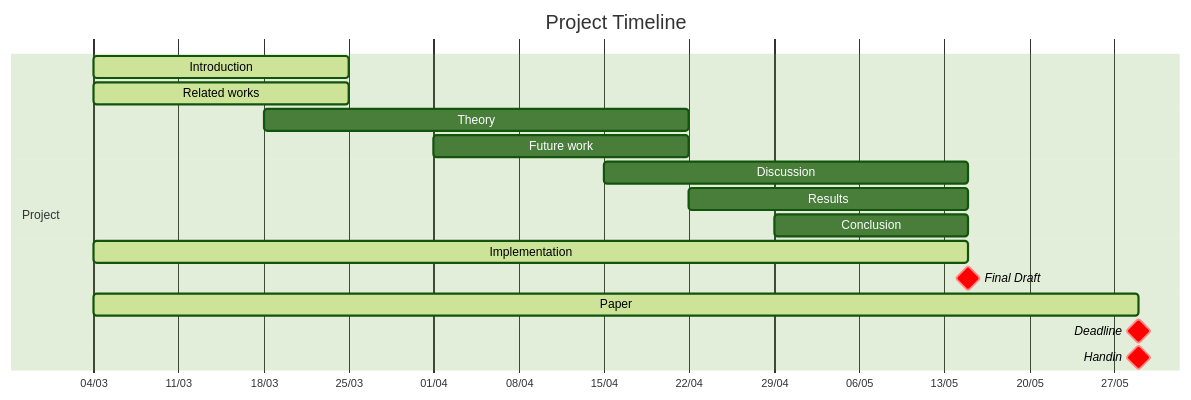
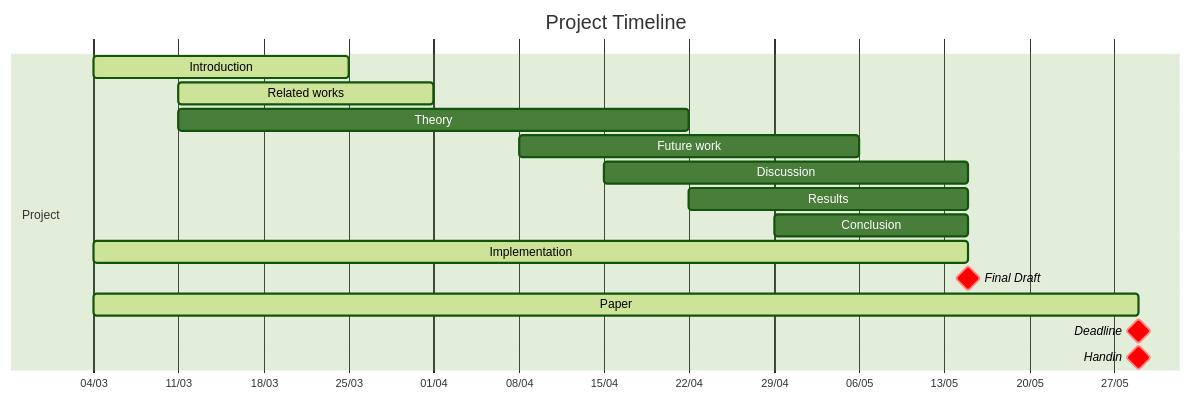
One commit to AAU-Dat/P8-supporting-schema-creation changed the diagram in Writerside/topics/Roadmap.md. Above: the diagram before and after it, drawn with Mermaid (forest theme).

Commit message:
Made Theory longer

````diff
--- a/Writerside/topics/Roadmap.md
+++ b/Writerside/topics/Roadmap.md
@@ -2,22 +2,22 @@
 ```mermaid
 gantt
     tickInterval 1week
     weekday monday
     title Project Timeline
     dateFormat  YYYY-MM-DD
     axisFormat %d/%m
     
     section Project
     Introduction: active, 2024-03-04, 21d
-    Related works: active, 2024-03-04, 21d
-    Theory: 2024-03-18, 35d
-    Future work: 2024-04-01, 21d
+    Related works: active, 2024-03-11, 21d
+    Theory: 2024-03-11, 42d
+    Future work: 2024-04-08, 28d
     Discussion: 2024-04-15, 30d
     Results: 2024-04-22, 23d
     Conclusion: 2024-04-29, 16d
     Implementation: active, 2024-03-04, 2024-05-15
     Final Draft: crit, milestone, 2024-05-15,
     Paper: active, 2024-03-04, 2024-05-29
     Deadline: crit, milestone, 2024-05-29, 
     Handin: crit, milestone, 2024-05-29,
 ```
````
